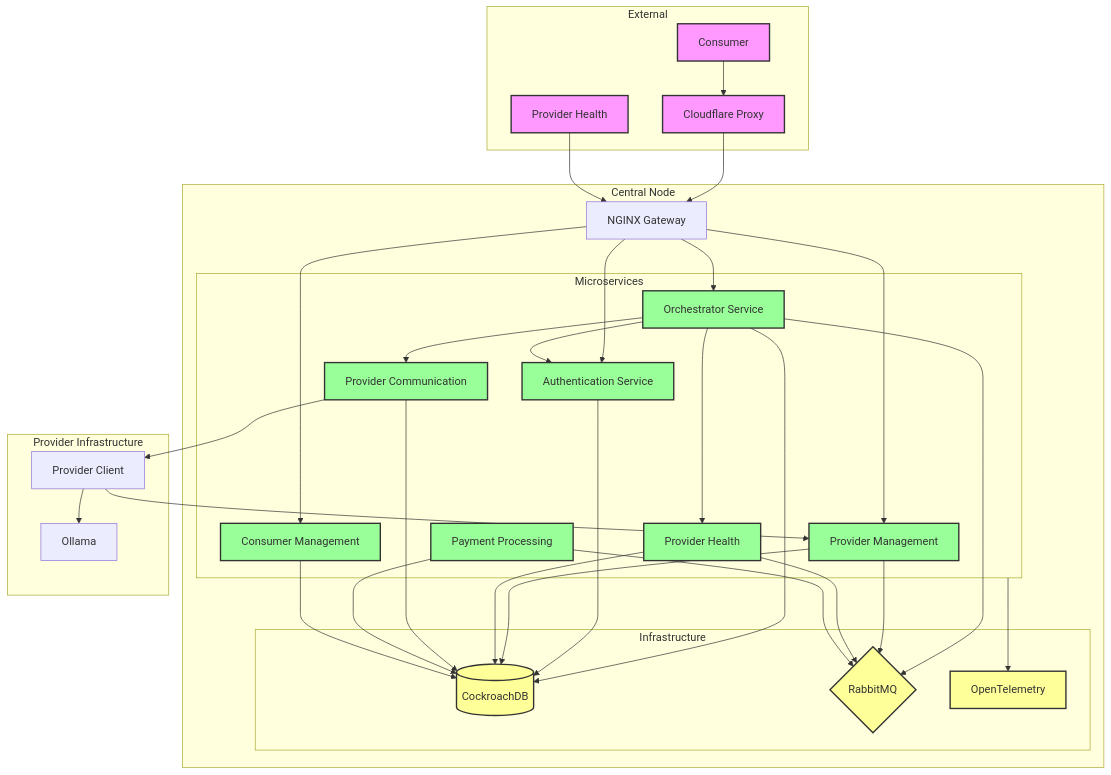
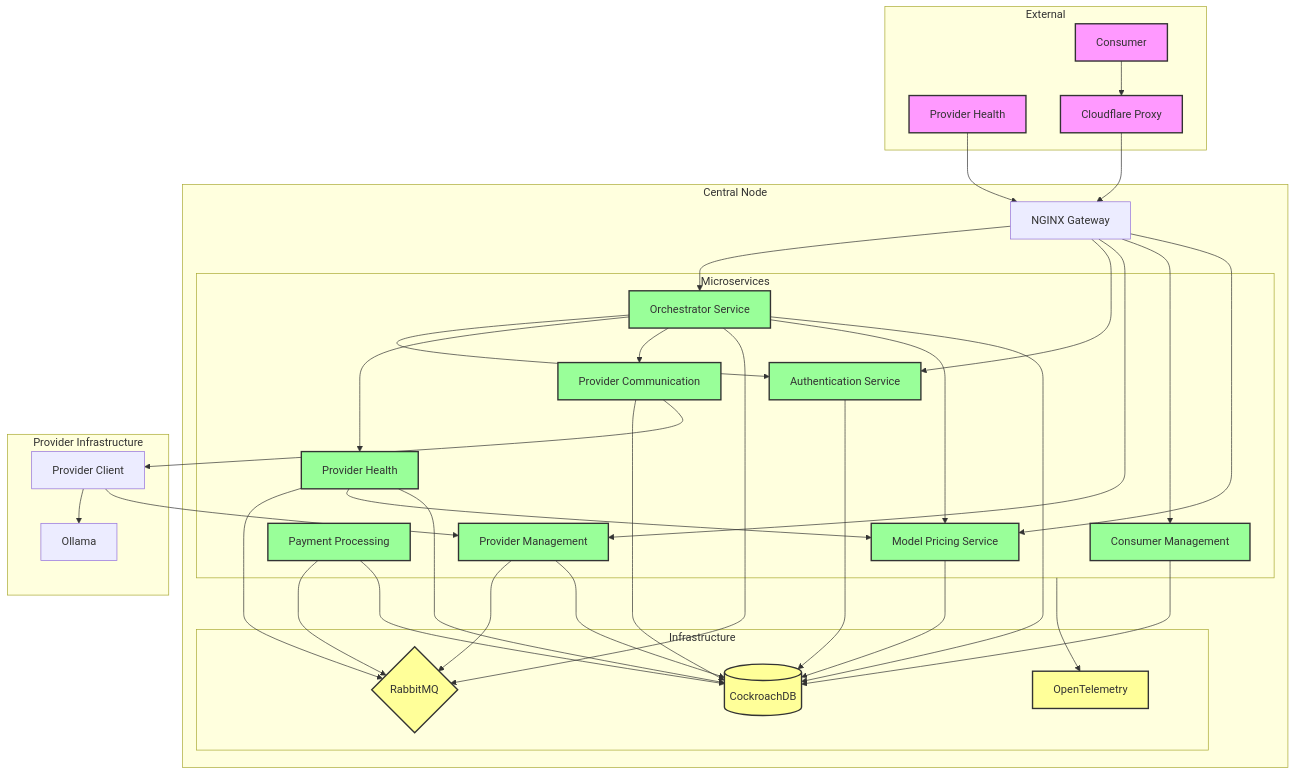
The first of 2 diagrams in documentation/technical.md (Inferoute/inferoute-node), drawn with Mermaid before and after one commit. The commit also changed 12 other files, not shown here.

Commit message:
updated mermaid charts

````diff
--- a/documentation/technical.md
+++ b/documentation/technical.md
@@ -24,6 +24,7 @@
             ProviderComm[Provider Communication]
             Payment[Payment Processing]
             ConsumerMgmt[Consumer Management]
+            ModelPricing[Model Pricing Service]
         end
         
         subgraph Infrastructure
@@ -48,15 +49,18 @@
     NGINX --> Auth
     NGINX --> ProviderMgmt
     NGINX --> ConsumerMgmt
+    NGINX --> ModelPricing
     
     %% Service interactions
     Orchestrator --> Auth
     Orchestrator --> ProviderHealth
     Orchestrator --> ProviderComm
     Orchestrator --> RabbitMQ
+    Orchestrator --> ModelPricing
     
     ProviderMgmt --> RabbitMQ
     ProviderHealth --> RabbitMQ
+    ProviderHealth --> ModelPricing
     Payment --> RabbitMQ
     
     %% Database connections
@@ -67,6 +71,7 @@
     ProviderComm --> CockroachDB
     Payment --> CockroachDB
     ConsumerMgmt --> CockroachDB
+    ModelPricing --> CockroachDB
     
     %% Provider infrastructure
     ProviderComm --> ProviderClient
@@ -82,5 +87,5 @@
     
     class Consumer,Provider,CloudflareProxy external
     class CockroachDB,RabbitMQ,OpenTelemetry infrastructure
-    class Orchestrator,Auth,ProviderMgmt,ProviderHealth,ProviderComm,Payment,ConsumerMgmt service
+    class Orchestrator,Auth,ProviderMgmt,ProviderHealth,ProviderComm,Payment,ConsumerMgmt,ModelPricing service
 ```
````
